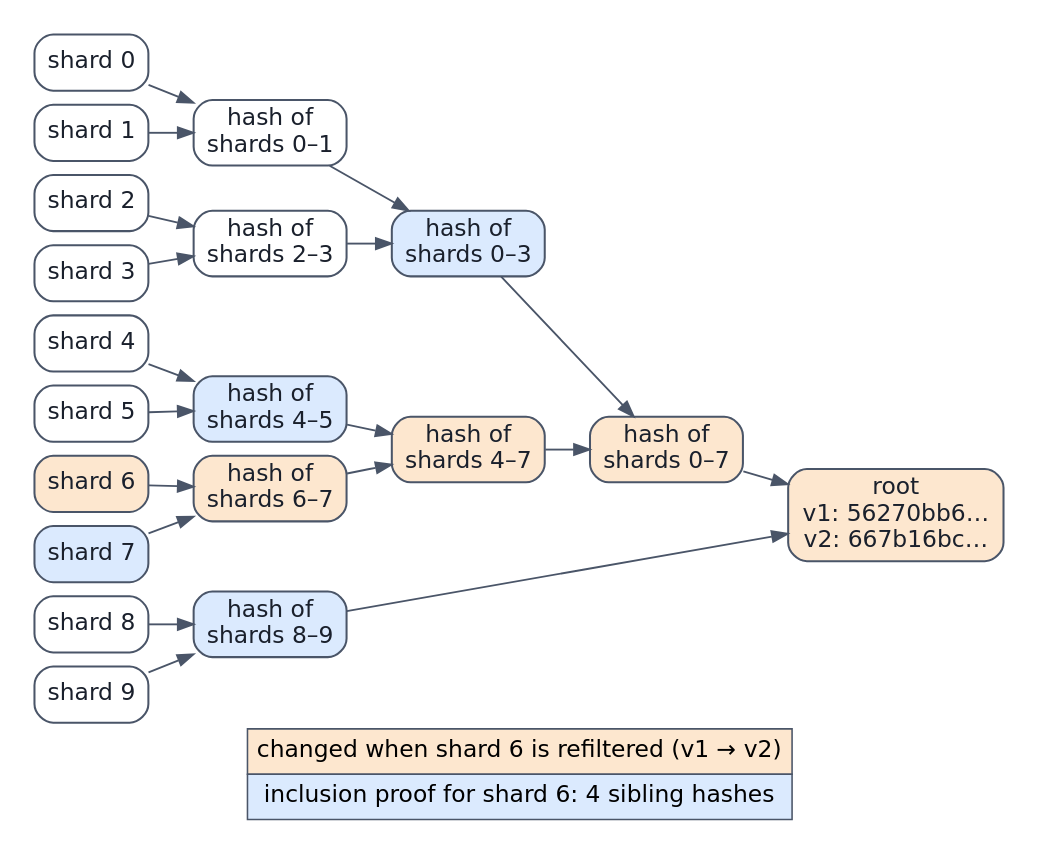
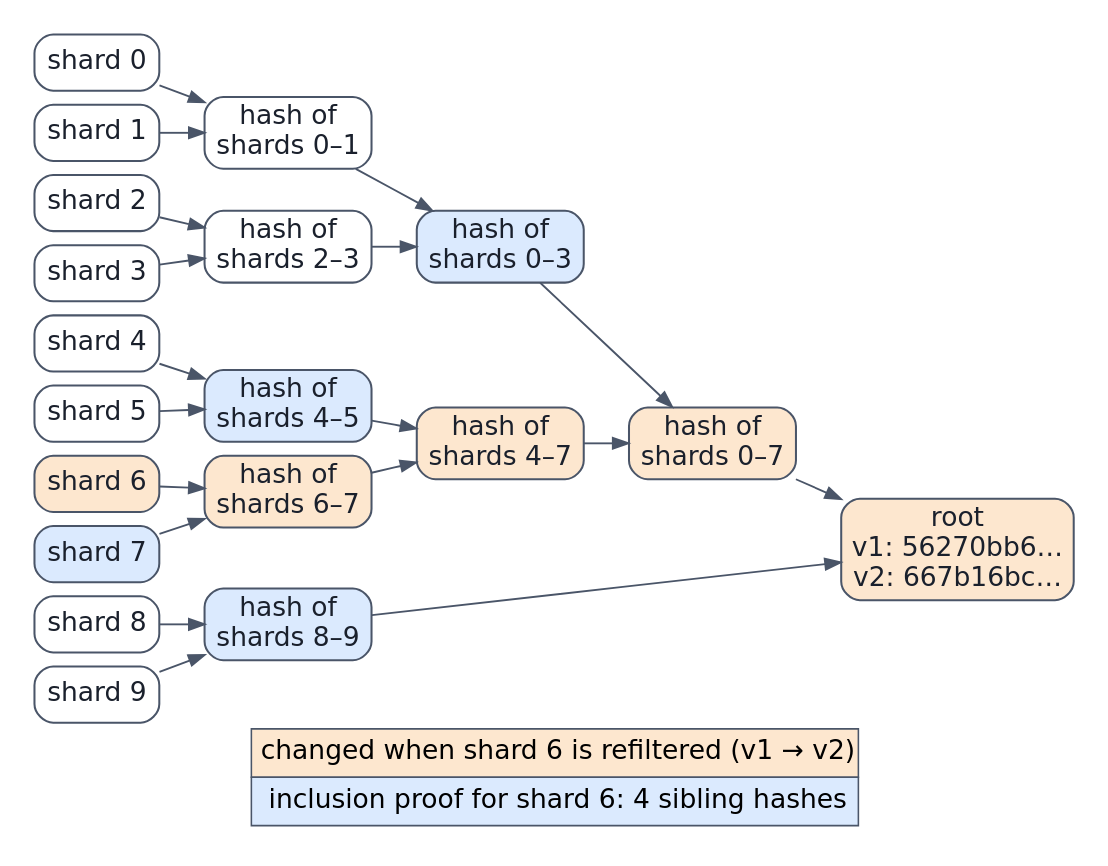
The diagram in chapters/05-dataset-management/figures/merkle.dot (Beaker12/llmatlas), drawn with Graphviz before and after one commit. The commit also changed 15 other files, not shown here.

First line of the commit message:
Chapter 5: plain lines in the ranks result box and even figure text sizes

```diff
--- a/chapters/05-dataset-management/figures/merkle.dot
+++ b/chapters/05-dataset-management/figures/merkle.dot
@@ -1,42 +1,42 @@
 digraph merkle {
-  graph [label=<<TABLE BORDER="0" CELLBORDER="1" CELLSPACING="0" CELLPADDING="5" COLOR="#4a5568"><TR><TD BGCOLOR="#fde7cf">changed when shard 6 is refiltered (v1 → v2)</TD></TR><TR><TD BGCOLOR="#dbeafe">inclusion proof for shard 6: 4 sibling hashes</TD></TR></TABLE>>, fontname="DejaVu Sans", fontsize=15, rankdir=LR, nodesep=0.12, ranksep=0.4, pad=0.2, labelloc=b];
-  node [fontname="DejaVu Sans", fontsize=15, fontcolor="#1a202c", shape=box, style="rounded,filled", fillcolor="#ffffff", color="#4a5568", penwidth=1.3]; edge [fontname="DejaVu Sans", fontsize=14, fontcolor="#1a202c", color="#4a5568", penwidth=1.2];
+  graph [label=<<TABLE BORDER="0" CELLBORDER="1" CELLSPACING="0" CELLPADDING="5" COLOR="#4a5568"><TR><TD BGCOLOR="#fde7cf">changed when shard 6 is refiltered (v1 → v2)</TD></TR><TR><TD BGCOLOR="#dbeafe">inclusion proof for shard 6: 4 sibling hashes</TD></TR></TABLE>>, fontname="DejaVu Sans", fontsize=17, rankdir=LR, nodesep=0.12, ranksep=0.4, pad=0.2, labelloc=b];
+  node [fontname="DejaVu Sans", fontsize=17, fontcolor="#1a202c", shape=box, style="rounded,filled", fillcolor="#ffffff", color="#4a5568", penwidth=1.3]; edge [fontname="DejaVu Sans", fontsize=16, fontcolor="#1a202c", color="#4a5568", penwidth=1.2];
   L0 [label="shard 0", fillcolor="#ffffff"];
   L1 [label="shard 1", fillcolor="#ffffff"];
   L2 [label="shard 2", fillcolor="#ffffff"];
   L3 [label="shard 3", fillcolor="#ffffff"];
   L4 [label="shard 4", fillcolor="#ffffff"];
   L5 [label="shard 5", fillcolor="#ffffff"];
   L6 [label="shard 6", fillcolor="#fde7cf"];
   L7 [label="shard 7", fillcolor="#dbeafe"];
   L8 [label="shard 8", fillcolor="#ffffff"];
   L9 [label="shard 9", fillcolor="#ffffff"];
   L0 -> N0_1;
   L1 -> N0_1;
   L2 -> N2_3;
   L3 -> N2_3;
   L4 -> N4_5;
   L5 -> N4_5;
   L6 -> N6_7;
   L7 -> N6_7;
   L8 -> N8_9;
   L9 -> N8_9;
   N0_1 -> N0_3;
   N2_3 -> N0_3;
   N4_5 -> N4_7;
   N6_7 -> N4_7;
   N0_3 -> N0_7;
   N4_7 -> N0_7;
   N0_7 -> N0_9;
   N8_9 -> N0_9;
   N0_1 [label="hash of\nshards 0–1", fillcolor="#ffffff"];
   N2_3 [label="hash of\nshards 2–3", fillcolor="#ffffff"];
   N4_5 [label="hash of\nshards 4–5", fillcolor="#dbeafe"];
   N6_7 [label="hash of\nshards 6–7", fillcolor="#fde7cf"];
   N8_9 [label="hash of\nshards 8–9", fillcolor="#dbeafe"];
   N0_3 [label="hash of\nshards 0–3", fillcolor="#dbeafe"];
   N4_7 [label="hash of\nshards 4–7", fillcolor="#fde7cf"];
   N0_7 [label="hash of\nshards 0–7", fillcolor="#fde7cf"];
   N0_9 [label="root\nv1: 56270bb6…\nv2: 667b16bc…", fillcolor="#fde7cf"];
   {rank=same; L0 -> L1 -> L2 -> L3 -> L4 -> L5 -> L6 -> L7 -> L8 -> L9 [style=invis];}
 }
```
